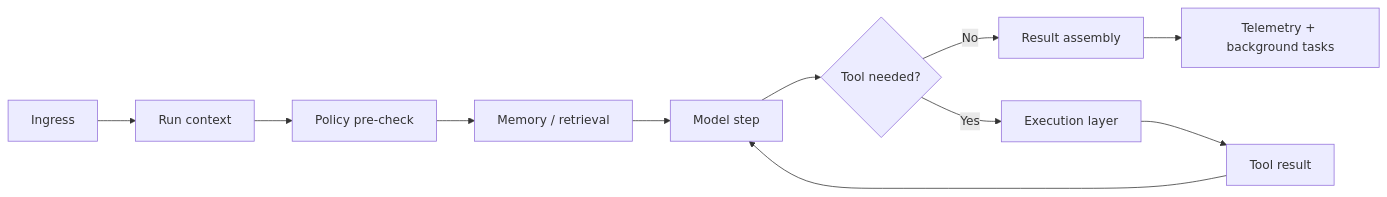
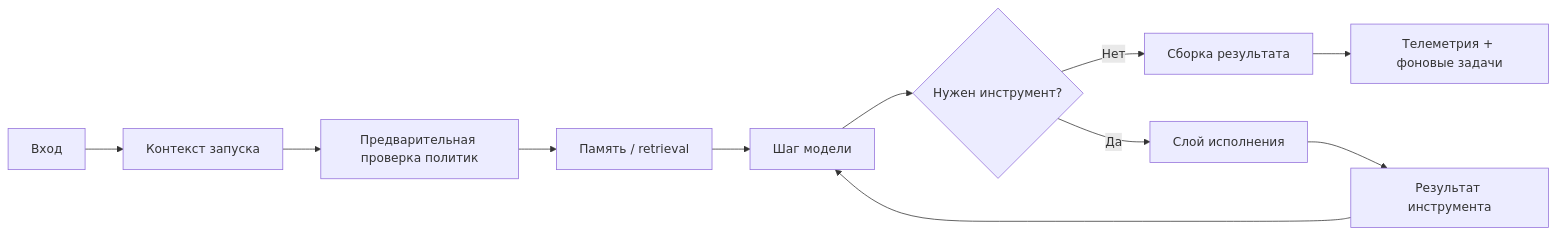
One commit to agent-axiom/agent-arch changed the diagram in docs/book/part-vii/chapter-16.md. Above: the diagram before and after it, drawn with Mermaid. The commit also changed other lines of this file, not shown here.

````diff
--- a/docs/book/part-vii/chapter-16.md
+++ b/docs/book/part-vii/chapter-16.md
@@ -65,13 +65,13 @@
 ``` mermaid
 flowchart LR
-    A["Ingress"] --> B["Run context"]
-    B --> C["Policy pre-check"]
-    C --> D["Memory / retrieval"]
-    D --> E["Model step"]
-    E --> F{"Tool needed?"}
-    F -->|No| G["Result assembly"]
-    F -->|Yes| H["Execution layer"]
-    H --> I["Tool result"]
+    A["Вход"] --> B["Контекст запуска"]
+    B --> C["Предварительная проверка политик"]
+    C --> D["Память / retrieval"]
+    D --> E["Шаг модели"]
+    E --> F{"Нужен инструмент?"}
+    F -->|Нет| G["Сборка результата"]
+    F -->|Да| H["Слой исполнения"]
+    H --> I["Результат инструмента"]
     I --> E
-    G --> J["Telemetry + background tasks"]
+    G --> J["Телеметрия + фоновые задачи"]
 ```
````
